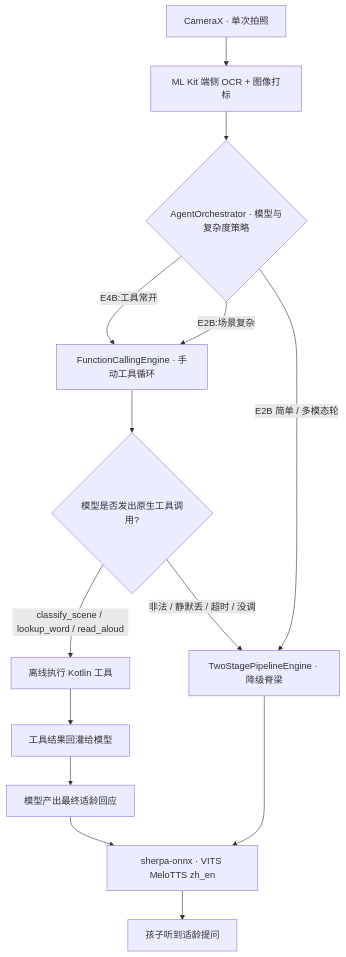
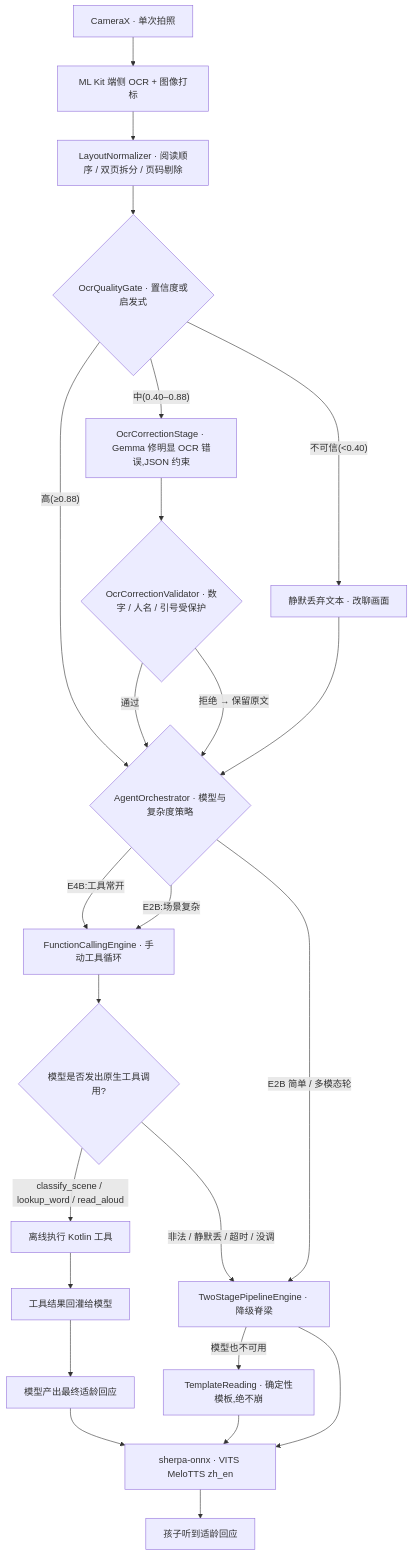
Before and after one commit to Stefan-Antonio-Pao/ING_luminosity-reader: the first of 2 diagrams in README_ZH.md, drawn with Mermaid. The commit also changed other lines of this file and 64 other files, not shown here.

````diff
--- a/README_ZH.md
+++ b/README_ZH.md
@@ -169,16 +178,26 @@
 ```mermaid
 flowchart TD
     A[CameraX · 单次拍照] --> B[ML Kit 端侧 OCR + 图像打标]
-    B --> C{AgentOrchestrator · 模型与复杂度策略}
+    B --> N[LayoutNormalizer · 阅读顺序 / 双页拆分 / 页码剔除]
+    N --> Q{OcrQualityGate · 置信度或启发式}
+    Q -- "高(≥0.88)" --> C
+    Q -- "中(0.40–0.88)" --> X[OcrCorrectionStage · Gemma 修明显 OCR 错误,JSON 约束]
+    Q -- "不可信(<0.40)" --> Y[静默丢弃文本 · 改聊画面]
+    X --> V{OcrCorrectionValidator · 数字 / 人名 / 引号受保护}
+    V -- "通过" --> C
+    V -- "拒绝 → 保留原文" --> C
+    Y --> C{AgentOrchestrator · 模型与复杂度策略}
     C -- "E4B:工具常开" --> D[FunctionCallingEngine · 手动工具循环]
     C -- "E2B:场景复杂" --> D
     C -- "E2B 简单 / 多模态轮" --> F[TwoStagePipelineEngine · 降级脊梁]
     D --> E{模型是否发出原生工具调用?}
     E -- "classify_scene / lookup_word / read_aloud" --> G[离线执行 Kotlin 工具]
     G --> H[工具结果回灌给模型]
     H --> I[模型产出最终适龄回应]
     E -- "非法 / 静默丢 / 超时 / 没调" --> F
+    F -- "模型也不可用" --> T[TemplateReading · 确定性模板,绝不崩]
     I --> J[sherpa-onnx · VITS MeloTTS zh_en]
     F --> J
-    J --> K[孩子听到适龄提问]
+    T --> J
+    J --> K[孩子听到适龄回应]
 ```
````
